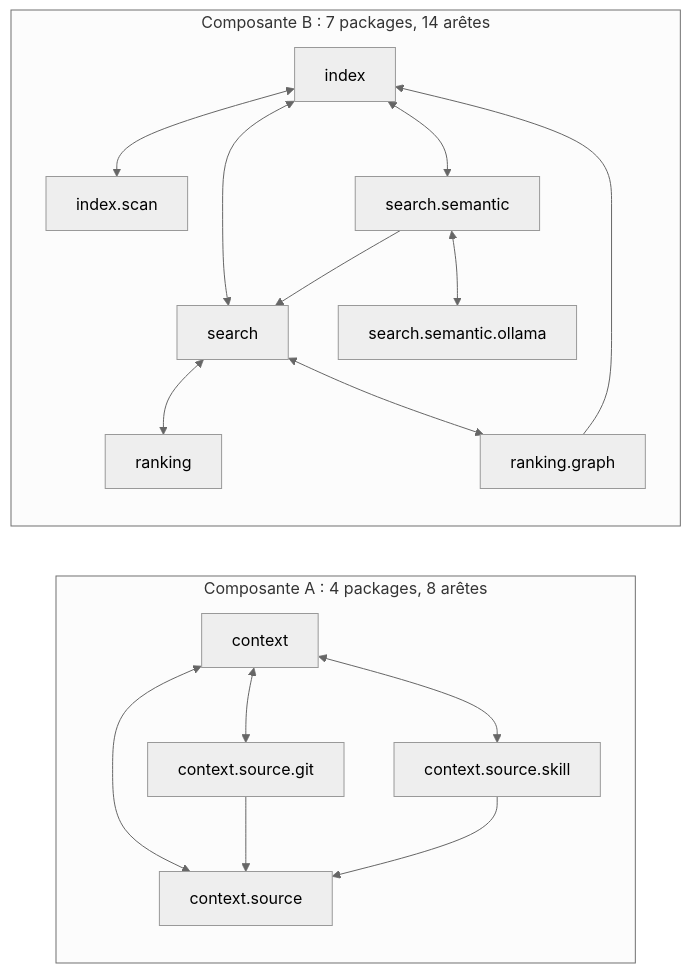
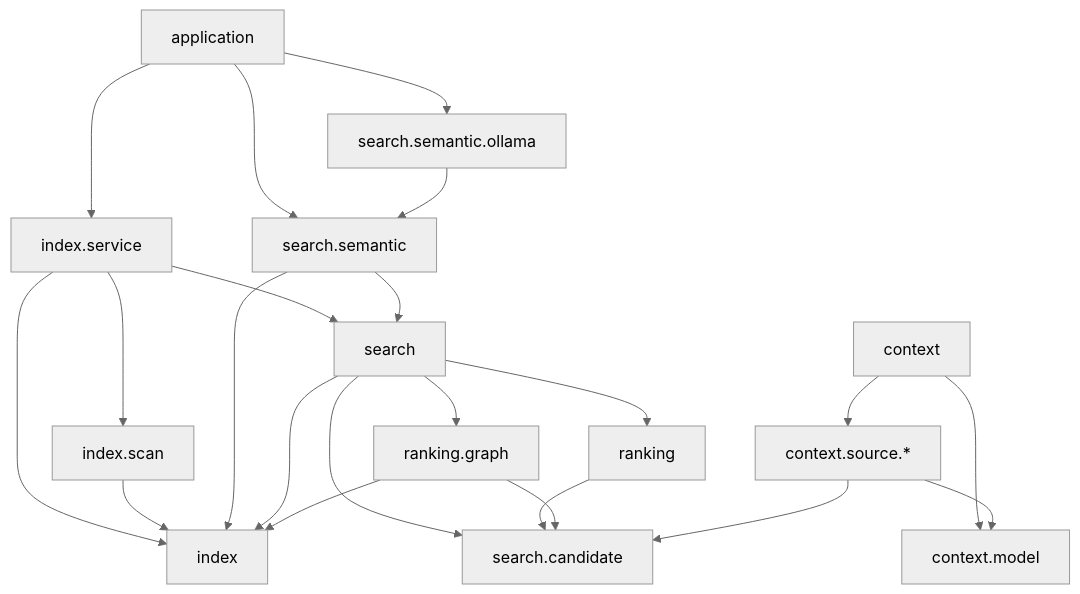
One commit to FTurleque/nexus-context-engine changed the second of 3 diagrams in docs/developer/architecture-implementation.md. Above: the diagram before and after it, drawn with Mermaid (neutral theme). The commit also changed other lines of this file and 8 other files, not shown here.

First line of the commit message:
docs(architecture): vue des packages du coeur et règles de sens (AUD-ARC-01)

````diff
--- a/docs/developer/architecture-implementation.md
+++ b/docs/developer/architecture-implementation.md
@@ -324,31 +332,37 @@
 ```mermaid
-flowchart LR
-    subgraph A["Composante A : 4 packages, 8 arêtes"]
-        ctx["context"]
-        ctxSrc["context.source"]
-        ctxGit["context.source.git"]
-        ctxSkill["context.source.skill"]
-    end
-    subgraph B["Composante B : 7 packages, 14 arêtes"]
-        idx["index"]
-        idxScan["index.scan"]
-        srch["search"]
-        srchSem["search.semantic"]
-        srchOll["search.semantic.ollama"]
-        rank["ranking"]
-        rankG["ranking.graph"]
-    end
-    ctx <--> ctxSrc
-    ctx <--> ctxGit
-    ctx <--> ctxSkill
-    ctxGit --> ctxSrc
-    ctxSkill --> ctxSrc
-    idx <--> idxScan
-    idx <--> srch
-    idx <--> srchSem
-    srch <--> rank
-    srch <--> rankG
-    srchSem <--> srchOll
-    rankG --> idx
-    srchSem --> srch
+flowchart TD
+    app["application"]
+    idxsvc["index.service"]
+    idx["index"]
+    scan["index.scan"]
+    srch["search"]
+    cand["search.candidate"]
+    rank["ranking"]
+    rankg["ranking.graph"]
+    sem["search.semantic"]
+    oll["search.semantic.ollama"]
+    ctx["context"]
+    ctxm["context.model"]
+    ctxs["context.source.*"]
+    app --> idxsvc
+    app --> oll
+    app --> sem
+    idxsvc --> idx
+    idxsvc --> scan
+    idxsvc --> srch
+    scan --> idx
+    sem --> idx
+    sem --> srch
+    srch --> idx
+    srch --> rank
+    srch --> rankg
+    srch --> cand
+    rank --> cand
+    rankg --> cand
+    rankg --> idx
+    oll --> sem
+    ctx --> ctxm
+    ctx --> ctxs
+    ctxs --> ctxm
+    ctxs --> cand
 ```
````
